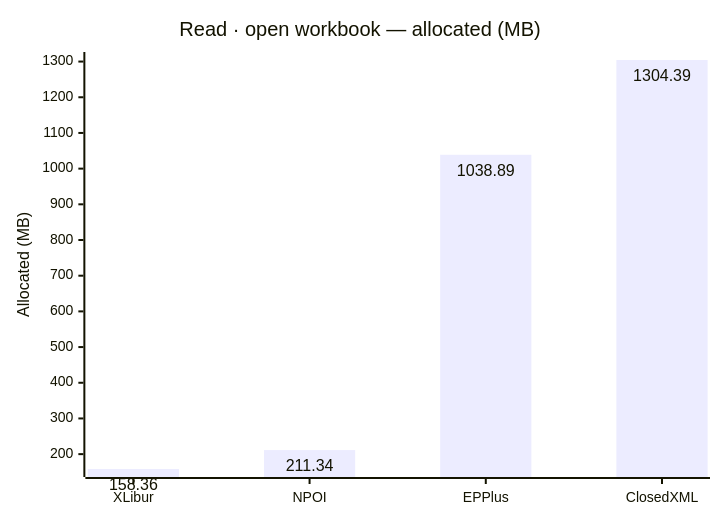
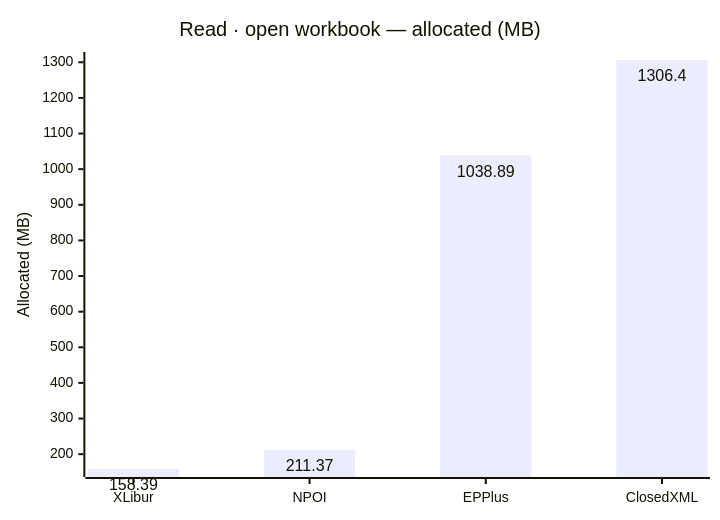
One commit to jafin/XLBench changed the second of 8 diagrams in docs/results.md. Above: the diagram before and after it, drawn with Mermaid. The commit also changed other lines of this file and 1 other file, not shown here.

````diff
--- a/docs/results.md
+++ b/docs/results.md
@@ -47,12 +47,12 @@
 ```mermaid
 ---
 config:
   xyChart:
     showDataLabel: true
 ---
 xychart-beta
     title "Read · open workbook — allocated (MB)"
     x-axis ["XLibur", "NPOI", "EPPlus", "ClosedXML"]
     y-axis "Allocated (MB)"
-    bar [158.36, 211.34, 1038.89, 1304.39]
+    bar [158.39, 211.37, 1038.89, 1306.4]
 ```
````
